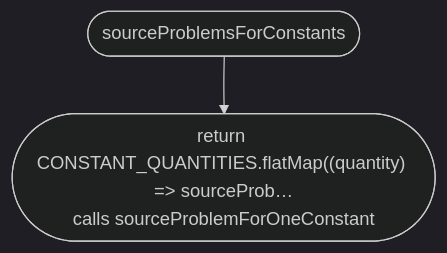
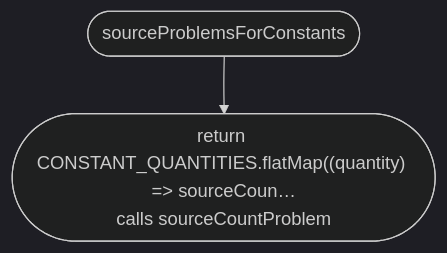
One commit to NewDara-Star/world-engine changed the second of 8 diagrams in docs/flows/src/place/place.md. Above: the diagram before and after it, drawn with Mermaid (dark theme). The commit also changed other lines of this file and 87 other files, not shown here.

````diff
--- a/docs/flows/src/place/place.md
+++ b/docs/flows/src/place/place.md
@@ -35,6 +16,6 @@
 ```mermaid
 flowchart TD
   n1(["sourceProblemsForConstants"])
-  n2(["return CONSTANT_QUANTITIES.flatMap((quantity) =#gt; sourceProb…<br/>calls sourceProblemForOneConstant"])
+  n2(["return CONSTANT_QUANTITIES.flatMap((quantity) =#gt; sourceCoun…<br/>calls sourceCountProblem"])
   n1 --> n2
 ```
````
